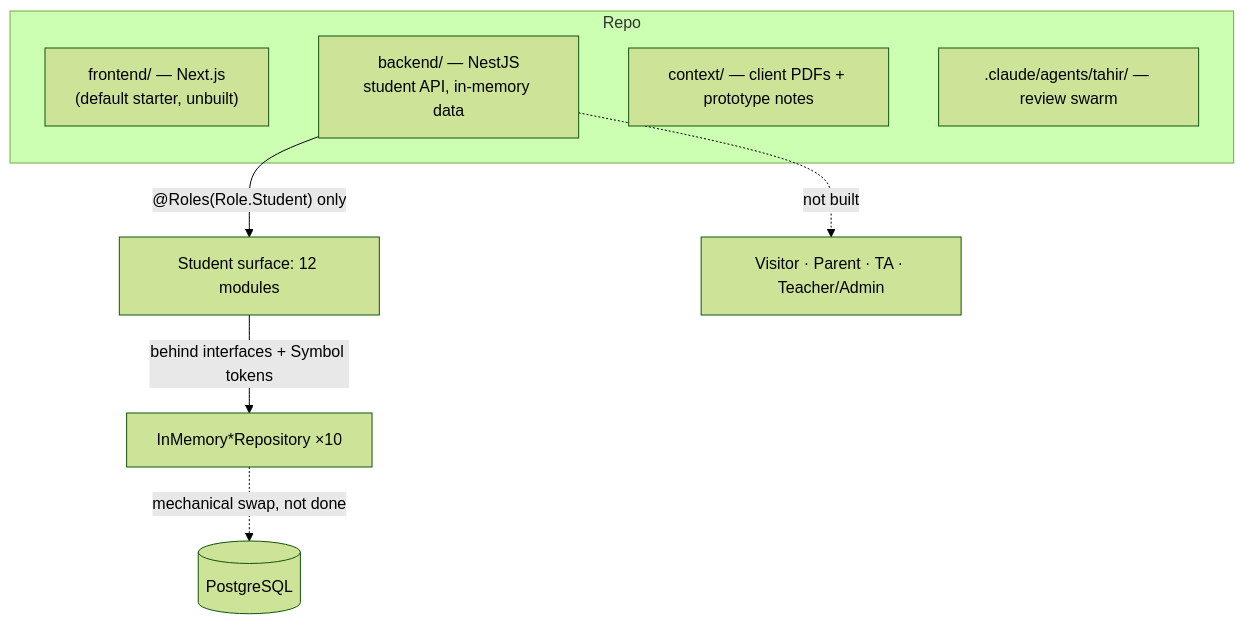
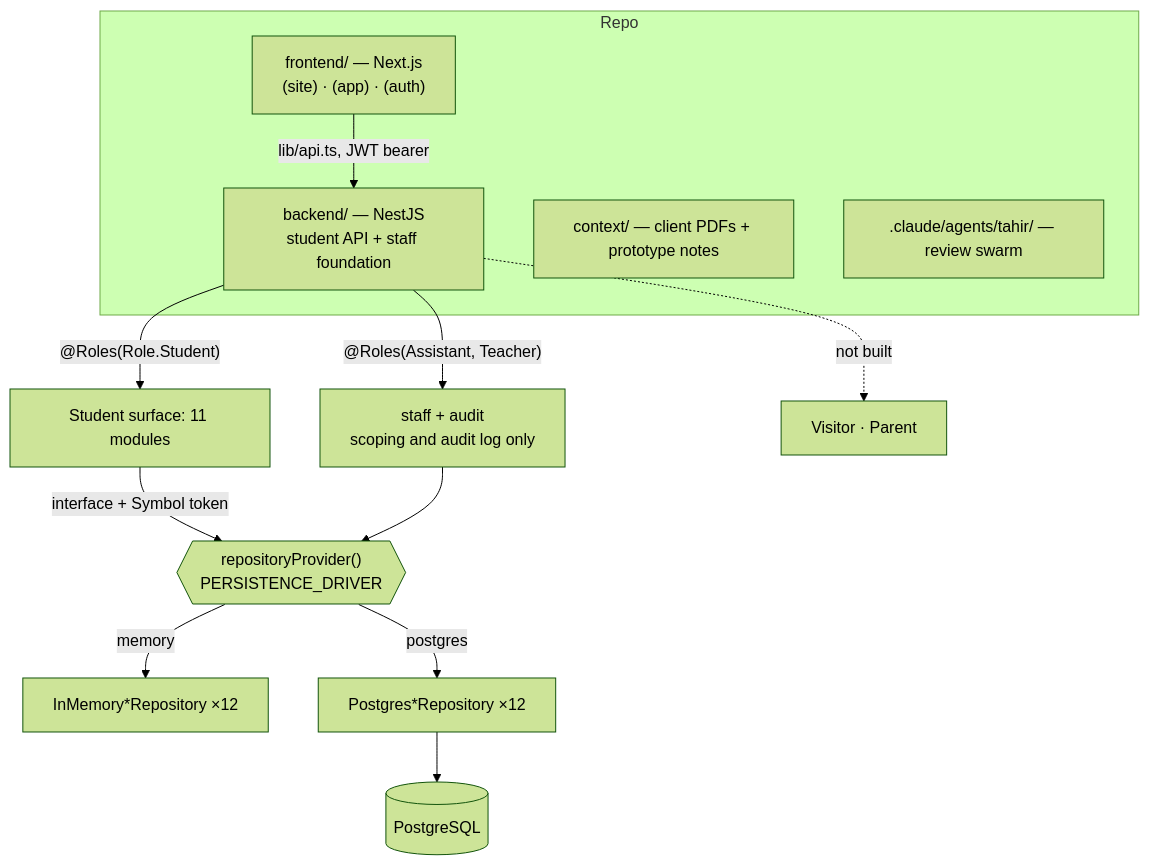
The first of 11 diagrams in project_log.md (MohamedElghali1/TahirElshazli), drawn with Mermaid (forest theme) before and after one commit. The commit also changed other lines of this file and 117 other files, not shown here.

First line of the commit message:
feat: Postgres persistence, TA scoping + audit log, and a working delivery pipeline

````diff
--- a/project_log.md
+++ b/project_log.md
@@ -36,13 +44,18 @@
 ```mermaid
 graph TD
     subgraph Repo
-      FE["frontend/ — Next.js<br/>(default starter, unbuilt)"]
-      BE["backend/ — NestJS<br/>student API, in-memory data"]
+      FE["frontend/ — Next.js<br/>(site) · (app) · (auth)"]
+      BE["backend/ — NestJS<br/>student API + staff foundation"]
       CTX["context/ — client PDFs + prototype notes"]
       SWARM[".claude/agents/tahir/ — review swarm"]
     end
-    BE -->|"@Roles(Role.Student) only"| STU["Student surface: 12 modules"]
-    BE -.->|not built| OTHERS["Visitor · Parent · TA · Teacher/Admin"]
-    STU -->|behind interfaces + Symbol tokens| MEM["InMemory*Repository ×10"]
-    MEM -.->|mechanical swap, not done| PG[("PostgreSQL")]
+    FE -->|"lib/api.ts, JWT bearer"| BE
+    BE -->|"@Roles(Role.Student)"| STU["Student surface: 11 modules"]
+    BE -->|"@Roles(Assistant, Teacher)"| TA["staff + audit<br/>scoping and audit log only"]
+    BE -.->|not built| OTHERS["Visitor · Parent"]
+    STU -->|"interface + Symbol token"| SEL{{"repositoryProvider()<br/>PERSISTENCE_DRIVER"}}
+    TA --> SEL
+    SEL -->|memory| MEM["InMemory*Repository ×12"]
+    SEL -->|postgres| PG["Postgres*Repository ×12"]
+    PG --> DB[("PostgreSQL")]
 ```
````
